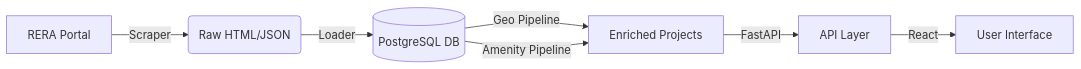
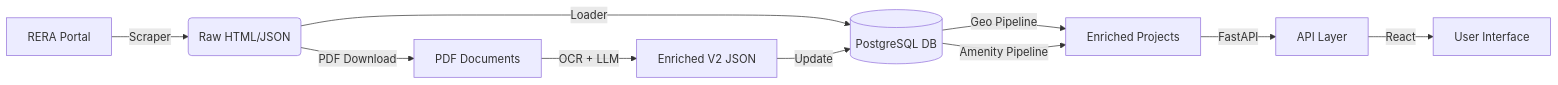
The diagram in docs/02-technical/Architecture.md (sakettamrakar/realmap), drawn with Mermaid before and after one commit. The commit also changed other lines of this file and 195 other files, not shown here.

````diff
--- a/docs/02-technical/Architecture.md
+++ b/docs/02-technical/Architecture.md
@@ -12,9 +12,12 @@
 ```mermaid
 flowchart LR
     A[RERA Portal] -->|Scraper| B(Raw HTML/JSON)
     B -->|Loader| C[(PostgreSQL DB)]
+    B -->|PDF Download| P[PDF Documents]
+    P -->|OCR + LLM| Q[Enriched V2 JSON]
+    Q -->|Update| C
     C -->|Geo Pipeline| D[Enriched Projects]
     C -->|Amenity Pipeline| D
     D -->|FastAPI| E[API Layer]
     E -->|React| F[User Interface]
 ```
````
